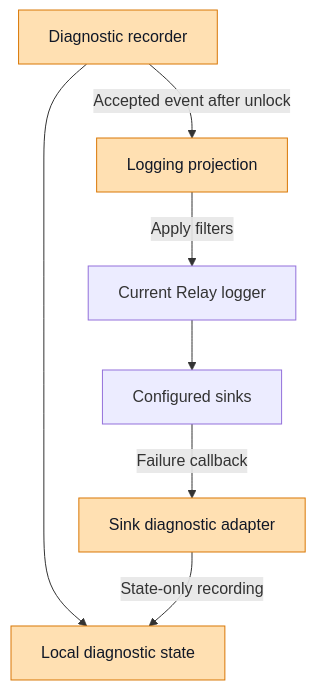
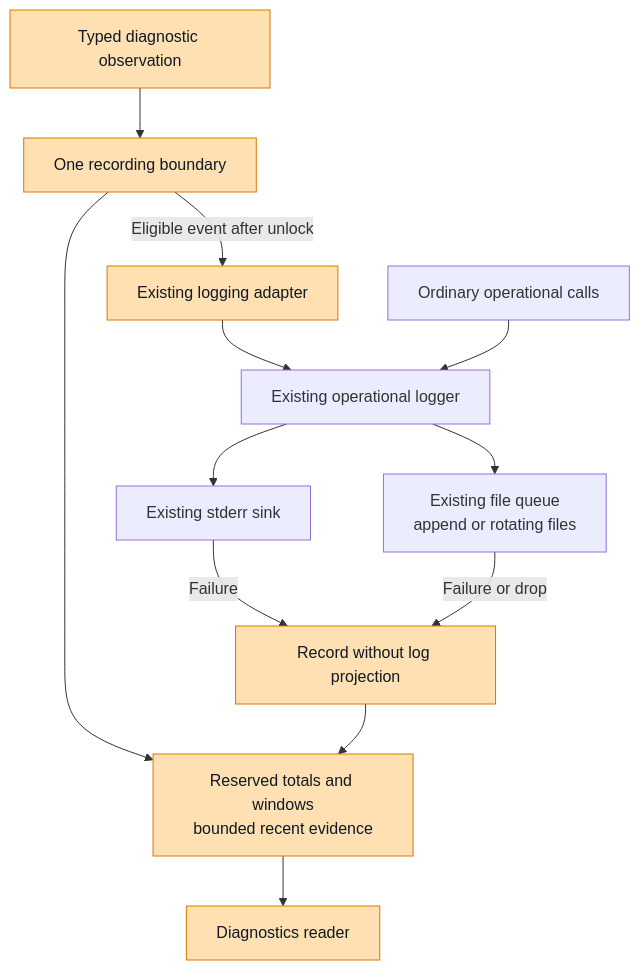
One commit to NVIDIA/NeMo-Relay changed the second of 4 diagrams in docs/contribute/diagnostics-phase-one.md. Above: the diagram before and after it, drawn with Mermaid. The commit also changed other lines of this file and 29 other files, not shown here.

First line of the commit message:
feat: implement bounded runtime diagnostics foundation

````diff
--- a/docs/contribute/diagnostics-phase-one.md
+++ b/docs/contribute/diagnostics-phase-one.md
@@ -309,12 +968,17 @@
 ```mermaid
 flowchart TB
-    Recorder["Diagnostic recorder"] --> State["Local diagnostic state"]
-    Recorder -->|Accepted event after unlock| Projection["Logging projection"]
-    Projection -->|Apply filters| Logger["Current Relay logger"]
-    Logger --> Sink["Configured sinks"]
-    Sink -->|Failure callback| Adapter["Sink diagnostic adapter"]
-    Adapter -->|State-only recording| State
+    Typed["Typed diagnostic observation"] --> Record["One recording boundary"]
+    Record --> State["Reserved totals and windows<br/>bounded recent evidence"]
+    State --> API["Diagnostics reader"]
+    Record -->|Eligible event after unlock| Projection["Existing logging adapter"]
+    Projection --> Logger["Existing operational logger"]
+    Ordinary["Ordinary operational calls"] --> Logger
+    Logger --> Stderr["Existing stderr sink"]
+    Logger --> Files["Existing file queue<br/>append or rotating files"]
+    Stderr -->|Failure| Feedback["Record without log projection"]
+    Files -->|Failure or drop| Feedback
+    Feedback --> State
 
     classDef shared fill:#FFE0B2,stroke:#D97706,color:#111827;
-    class Recorder,State,Projection,Adapter shared;
+    class Typed,Record,State,API,Projection,Feedback shared;
 ```
````
